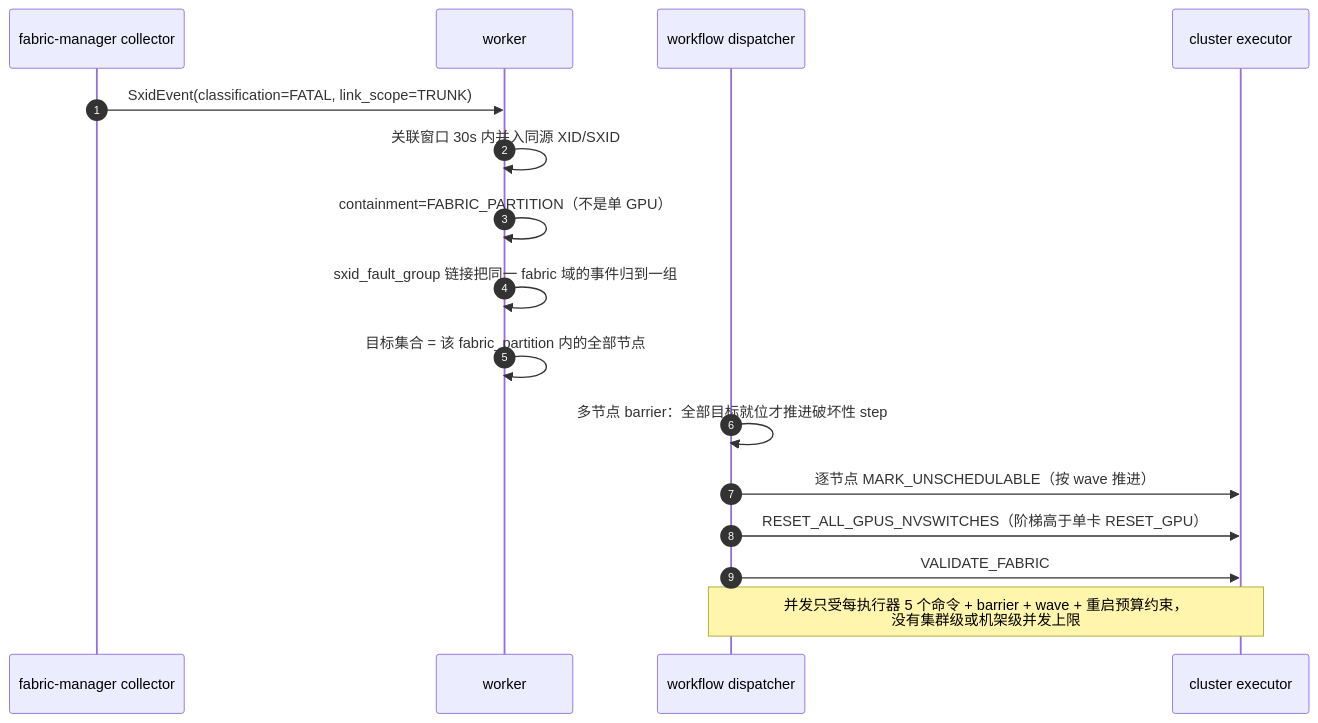
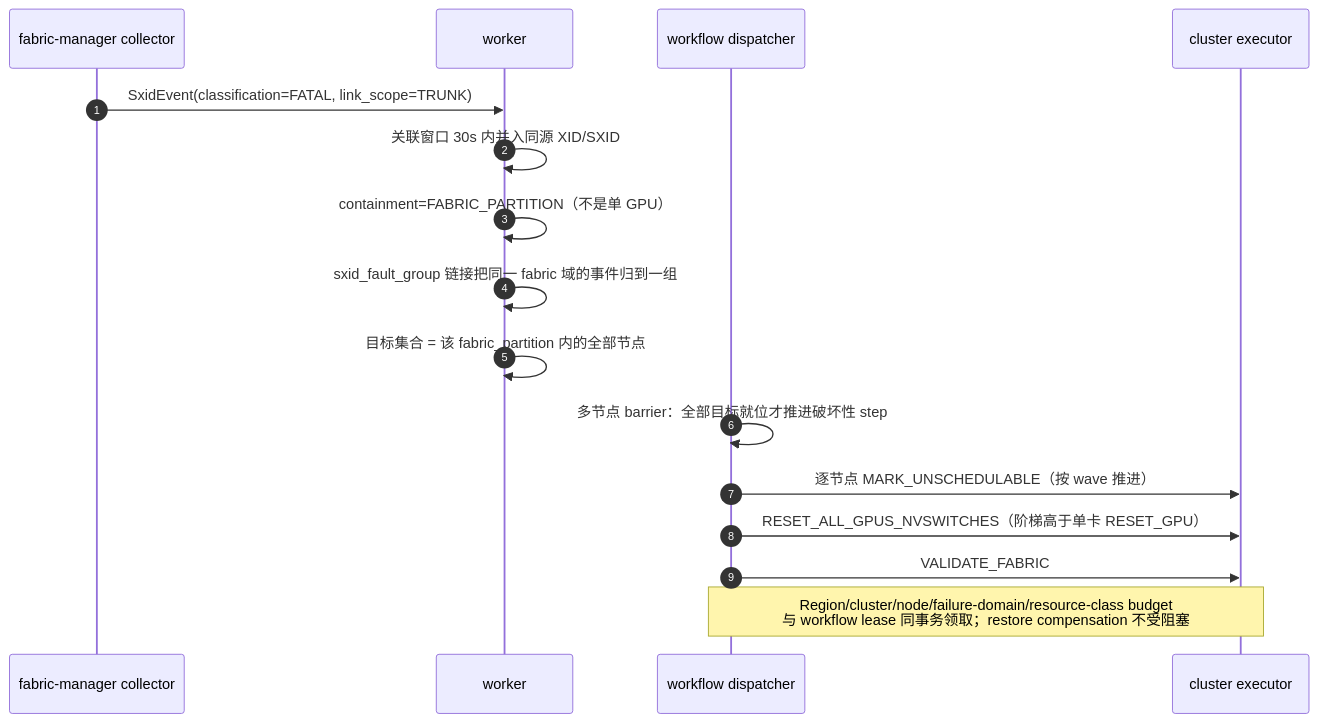
Before and after one commit to yuhuiaws/GPU-Fault-Recovery-System: the tenth of 10 diagrams in docs/详细设计-v2.md, drawn with Mermaid. The commit also changed other lines of this file and 106 other files, not shown here.

````diff
--- a/docs/详细设计-v2.md
+++ b/docs/详细设计-v2.md
@@ -1836,19 +1842,19 @@
 ```mermaid
 sequenceDiagram
     autonumber
     participant FM as fabric-manager collector
     participant Wk as worker
     participant D as workflow dispatcher
     participant Ex as cluster executor
 
     FM->>Wk: SxidEvent(classification=FATAL, link_scope=TRUNK)
     Wk->>Wk: 关联窗口 30s 内并入同源 XID/SXID
     Wk->>Wk: containment=FABRIC_PARTITION（不是单 GPU）
     Wk->>Wk: sxid_fault_group 链接把同一 fabric 域的事件归到一组
     Wk->>Wk: 目标集合 = 该 fabric_partition 内的全部节点
     D->>D: 多节点 barrier：全部目标就位才推进破坏性 step
     D->>Ex: 逐节点 MARK_UNSCHEDULABLE（按 wave 推进）
     D->>Ex: RESET_ALL_GPUS_NVSWITCHES（阶梯高于单卡 RESET_GPU）
     D->>Ex: VALIDATE_FABRIC
-    Note over D,Ex: 并发只受每执行器 5 个命令 + barrier + wave + 重启预算约束，<br/>没有集群级或机架级并发上限
+    Note over D,Ex: Region/cluster/node/failure-domain/resource-class budget<br/>与 workflow lease 同事务领取；restore compensation 不受阻塞
 ```
````
